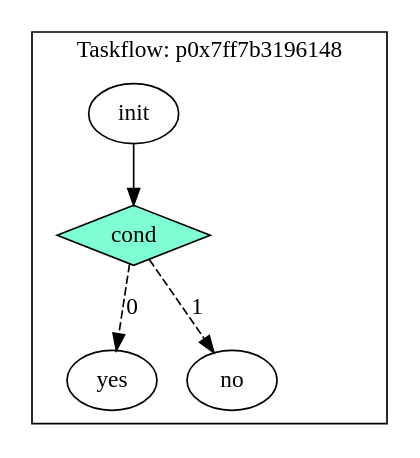
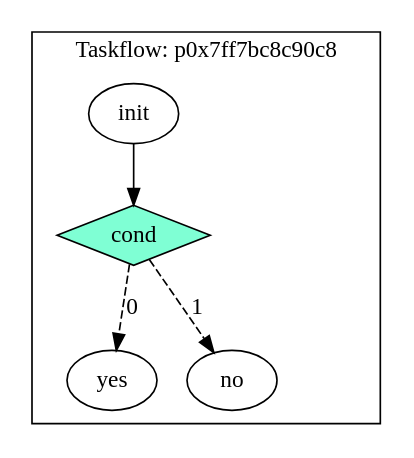
One commit to xuexcy/learning_taskflow changed the diagram in task_graph/if_else.dot. Above: the diagram before and after it, drawn with Graphviz. The commit also changed 50 other files, not shown here.

```diff
--- a/task_graph/if_else.dot
+++ b/task_graph/if_else.dot
@@ -1,12 +1,12 @@
 digraph Taskflow {
-subgraph cluster_p0x7ff7b31961a8 {
-label="Taskflow: p0x7ff7b3196148";
-p0x7f80980659e0[label="init" ];
-p0x7f80980659e0 -> p0x7f8098064d20;
-p0x7f8098064d20[label="cond" shape=diamond color=black fillcolor=aquamarine style=filled];
-p0x7f8098064d20 -> p0x7f8098064e30 [style=dashed label="0"];
-p0x7f8098064d20 -> p0x7f8098064b00 [style=dashed label="1"];
-p0x7f8098064e30[label="yes" ];
-p0x7f8098064b00[label="no" ];
+subgraph cluster_p0x7ff7bc8c9128 {
+label="Taskflow: p0x7ff7bc8c90c8";
+p0x7f8f120659e0[label="init" ];
+p0x7f8f120659e0 -> p0x7f8f12065e20;
+p0x7f8f12065e20[label="cond" shape=diamond color=black fillcolor=aquamarine style=filled];
+p0x7f8f12065e20 -> p0x7f8f12065d10 [style=dashed label="0"];
+p0x7f8f12065e20 -> p0x7f8f12065c00 [style=dashed label="1"];
+p0x7f8f12065d10[label="yes" ];
+p0x7f8f12065c00[label="no" ];
 }
 }
```
